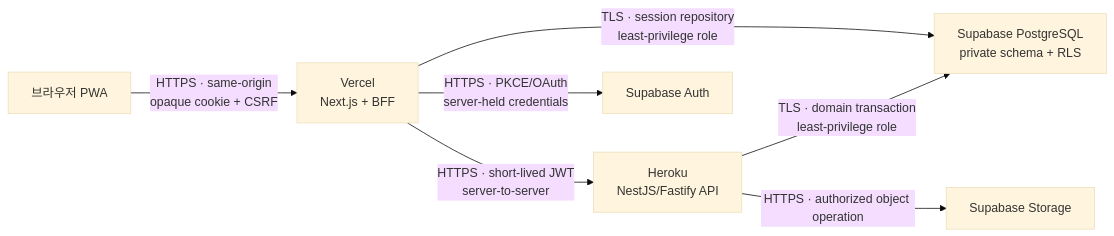
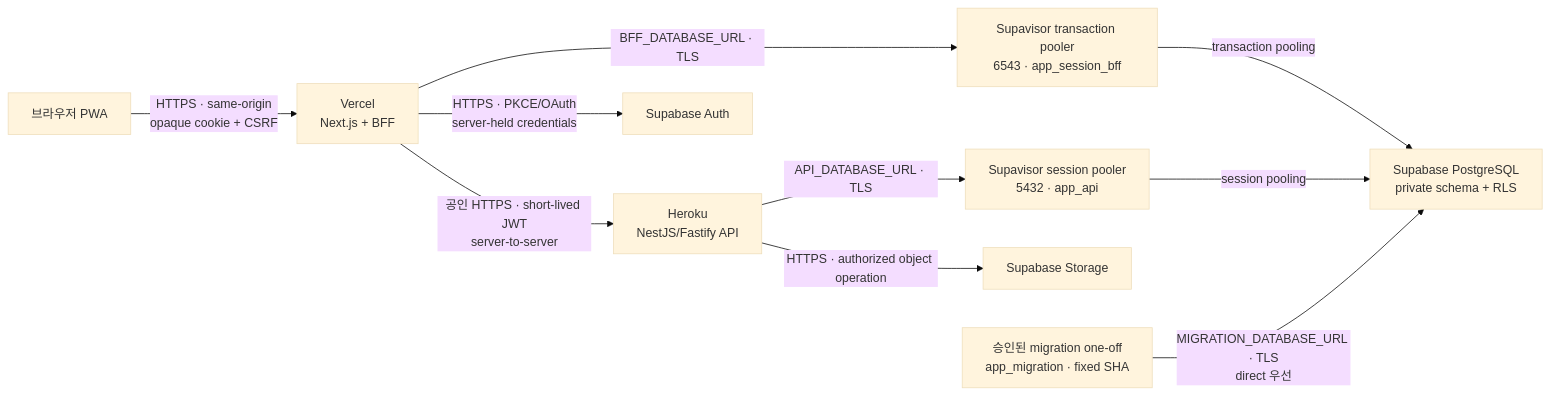
The diagram in docs/superpowers/specs/2026-07-23-managed-deployment-platform-design.md (jawon0407/account-book), drawn with Mermaid (base theme) before and after one commit. The commit also changed other lines of this file, not shown here.

````diff
--- a/docs/superpowers/specs/2026-07-23-managed-deployment-platform-design.md
+++ b/docs/superpowers/specs/2026-07-23-managed-deployment-platform-design.md
@@ -41,16 +41,22 @@
 ```mermaid
 flowchart LR
   Browser["브라우저 PWA"]
   Vercel["Vercel\nNext.js + BFF"]
   Heroku["Heroku\nNestJS/Fastify API"]
   Auth["Supabase Auth"]
+  TxPool["Supavisor transaction pooler\n6543 · app_session_bff"]
+  SessionPool["Supavisor session pooler\n5432 · app_api"]
   DB["Supabase PostgreSQL\nprivate schema + RLS"]
   Storage["Supabase Storage"]
+  Migration["승인된 migration one-off\napp_migration · fixed SHA"]
 
   Browser -->|"HTTPS · same-origin\nopaque cookie + CSRF"| Vercel
-  Vercel -->|"HTTPS · short-lived JWT\nserver-to-server"| Heroku
+  Vercel -->|"공인 HTTPS · short-lived JWT\nserver-to-server"| Heroku
   Vercel -->|"HTTPS · PKCE/OAuth\nserver-held credentials"| Auth
-  Vercel -->|"TLS · session repository\nleast-privilege role"| DB
-  Heroku -->|"TLS · domain transaction\nleast-privilege role"| DB
+  Vercel -->|"BFF_DATABASE_URL · TLS"| TxPool
+  TxPool -->|"transaction pooling"| DB
+  Heroku -->|"API_DATABASE_URL · TLS"| SessionPool
+  SessionPool -->|"session pooling"| DB
   Heroku -->|"HTTPS · authorized object operation"| Storage
+  Migration -->|"MIGRATION_DATABASE_URL · TLS\ndirect 우선"| DB
 ```
````
